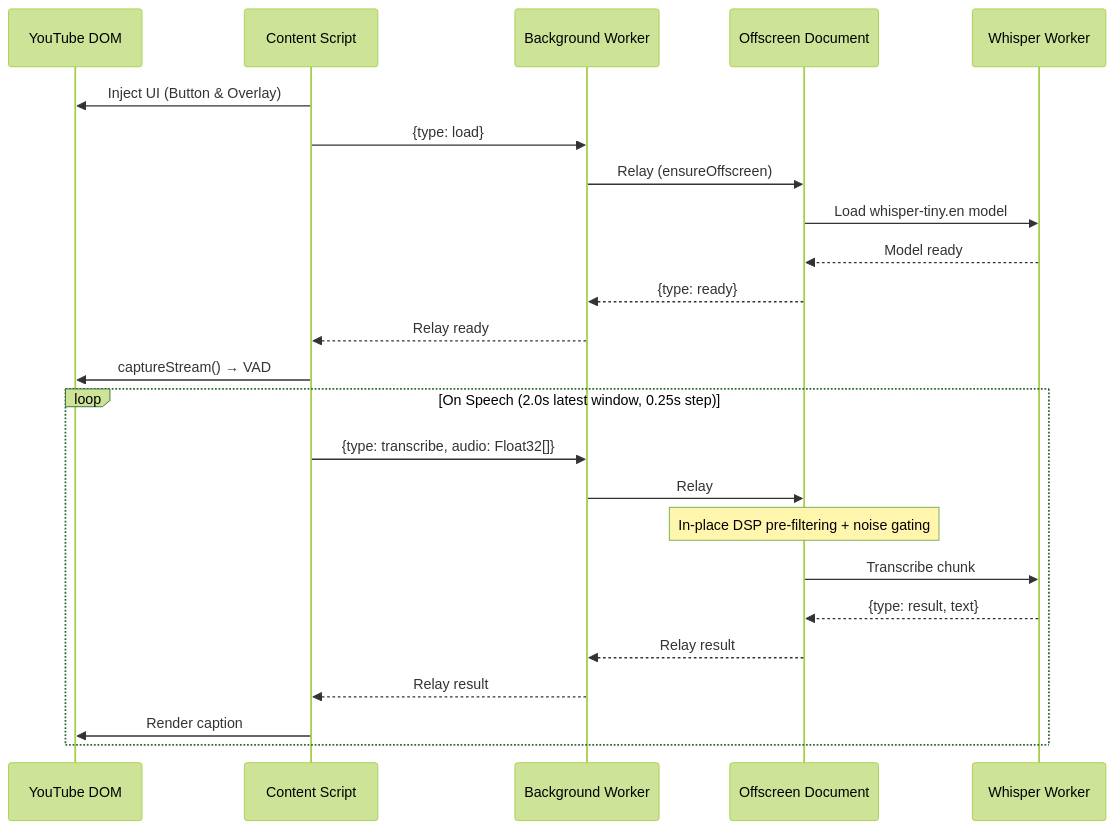
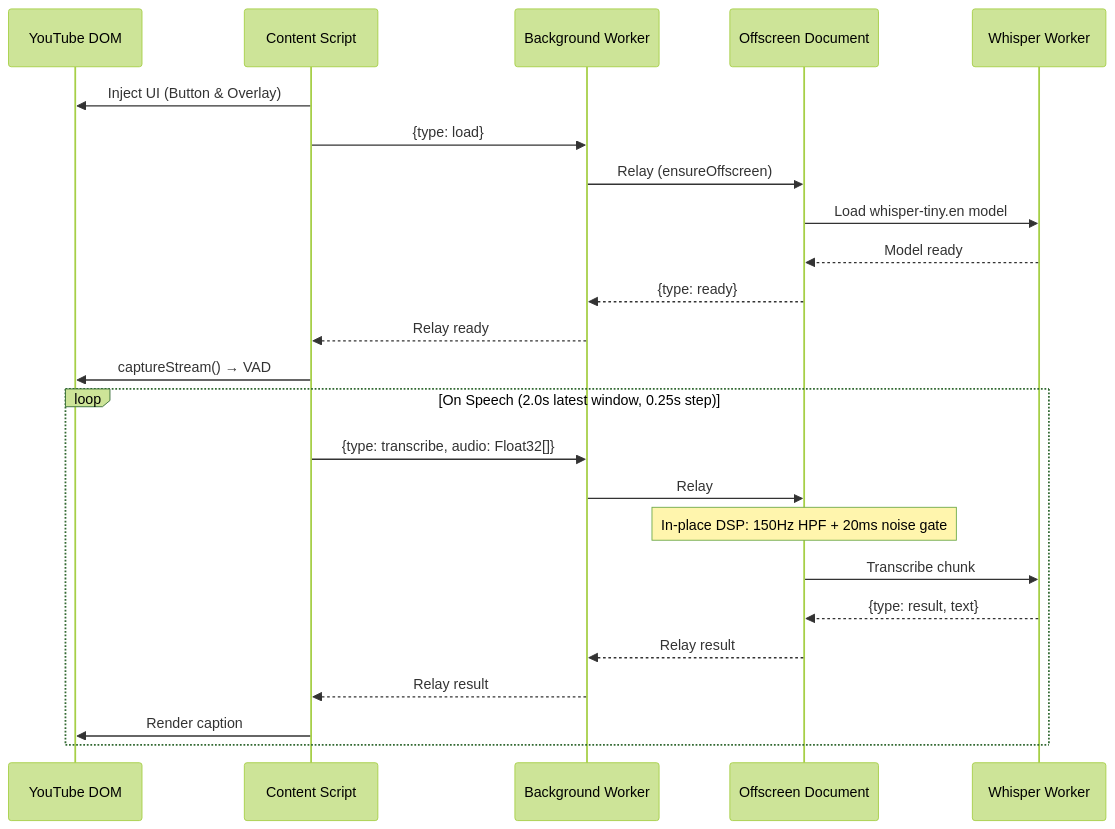
Before and after one commit to pranansh-s/mute.ly: the first of 2 diagrams in README.md, drawn with Mermaid (forest theme). The commit also changed other lines of this file and 29 other files, not shown here.

Commit message:
overhaul on architecture, removed manual server with native host setup, improved on live captioning

````diff
--- a/README.md
+++ b/README.md
@@ -81,28 +80,28 @@
 ```mermaid
 sequenceDiagram
     participant YT as YouTube DOM
     participant CS as Content Script
     participant BG as Background Worker
     participant OD as Offscreen Document
     participant WW as Whisper Worker
 
     CS->>YT: Inject UI (Button & Overlay)
     CS->>BG: {type: load}
     BG->>OD: Relay (ensureOffscreen)
     OD->>WW: Load whisper-tiny.en model
     WW-->>OD: Model ready
     OD-->>BG: {type: ready}
     BG-->>CS: Relay ready
 
     CS->>YT: captureStream() → VAD
     loop On Speech (2.0s latest window, 0.25s step)
         CS->>BG: {type: transcribe, audio: Float32[]}
         BG->>OD: Relay
-        Note over OD: In-place DSP pre-filtering + noise gating
+        Note over OD: In-place DSP: 150Hz HPF + 20ms noise gate
         OD->>WW: Transcribe chunk
         WW-->>OD: {type: result, text}
         OD-->>BG: Relay result
         BG-->>CS: Relay result
         CS->>YT: Render caption
     end
 ```
````
